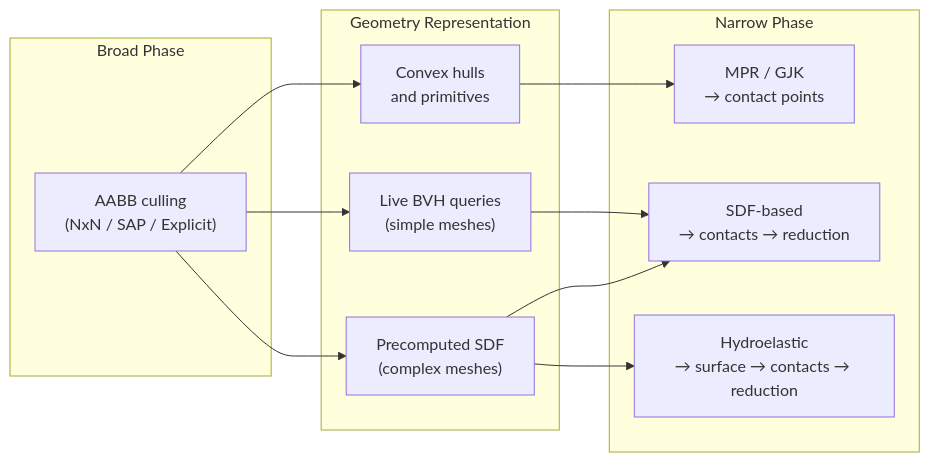
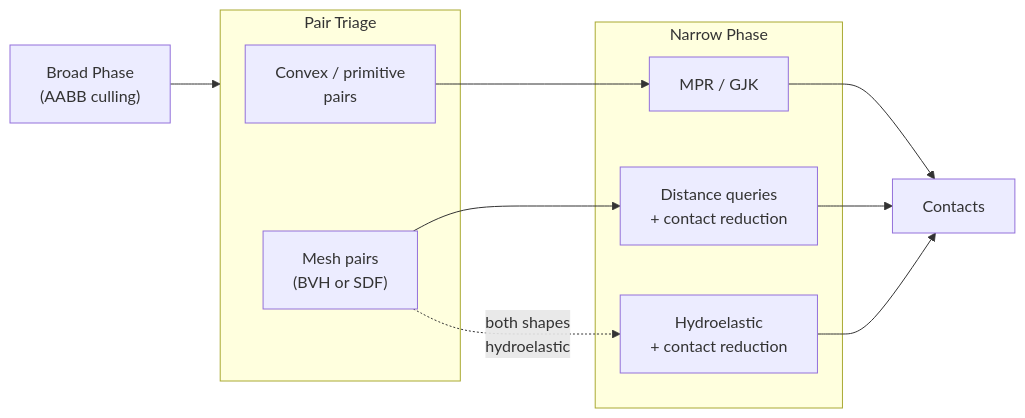
One commit to nvtw/newton changed the diagram in docs/concepts/collisions.rst. Above: the diagram before and after it, drawn with Mermaid. The commit also changed other lines of this file, not shown here.

```diff
--- a/docs/concepts/collisions.rst
+++ b/docs/concepts/collisions.rst
@@ -37,22 +37,17 @@
 .. mermaid::
    :config: {"theme": "forest", "themeVariables": {"lineColor": "#76b900"}}
 
    flowchart LR
-     subgraph broadphase ["Broad Phase"]
-       AABB["AABB culling<br/>(NxN / SAP / Explicit)"]
+     BP["Broad Phase<br/>(AABB culling)"] --> Triage
+     subgraph Triage ["Pair Triage"]
+       G1["Convex / primitive<br/>pairs"]
+       G2["Mesh pairs<br/>(BVH or SDF)"]
      end
-     subgraph geometry ["Geometry Representation"]
-       G1["Convex hulls<br/>and primitives"]
-       G2["Live BVH queries<br/>(simple meshes)"]
-       G3["Precomputed SDF<br/>(complex meshes)"]
+     subgraph NP ["Narrow Phase"]
+       A["MPR / GJK"]
+       B["Distance queries<br/>+ contact reduction"]
+       C["Hydroelastic<br/>+ contact reduction"]
      end
-     subgraph narrowphase ["Narrow Phase"]
-       A["MPR / GJK<br/>→ contact points"]
-       B["SDF-based<br/>→ contacts → reduction"]
-       C["Hydroelastic<br/>→ surface → contacts → reduction"]
-     end
-     AABB --> G1 --> A
-     AABB --> G2 --> B
-     AABB --> G3
-     G3 --> B
-     G3 --> C
+     G1 --> A --> Contacts
+     G2 --> B --> Contacts
+     G2 -.->|"both shapes<br/>hydroelastic"| C --> Contacts
```
